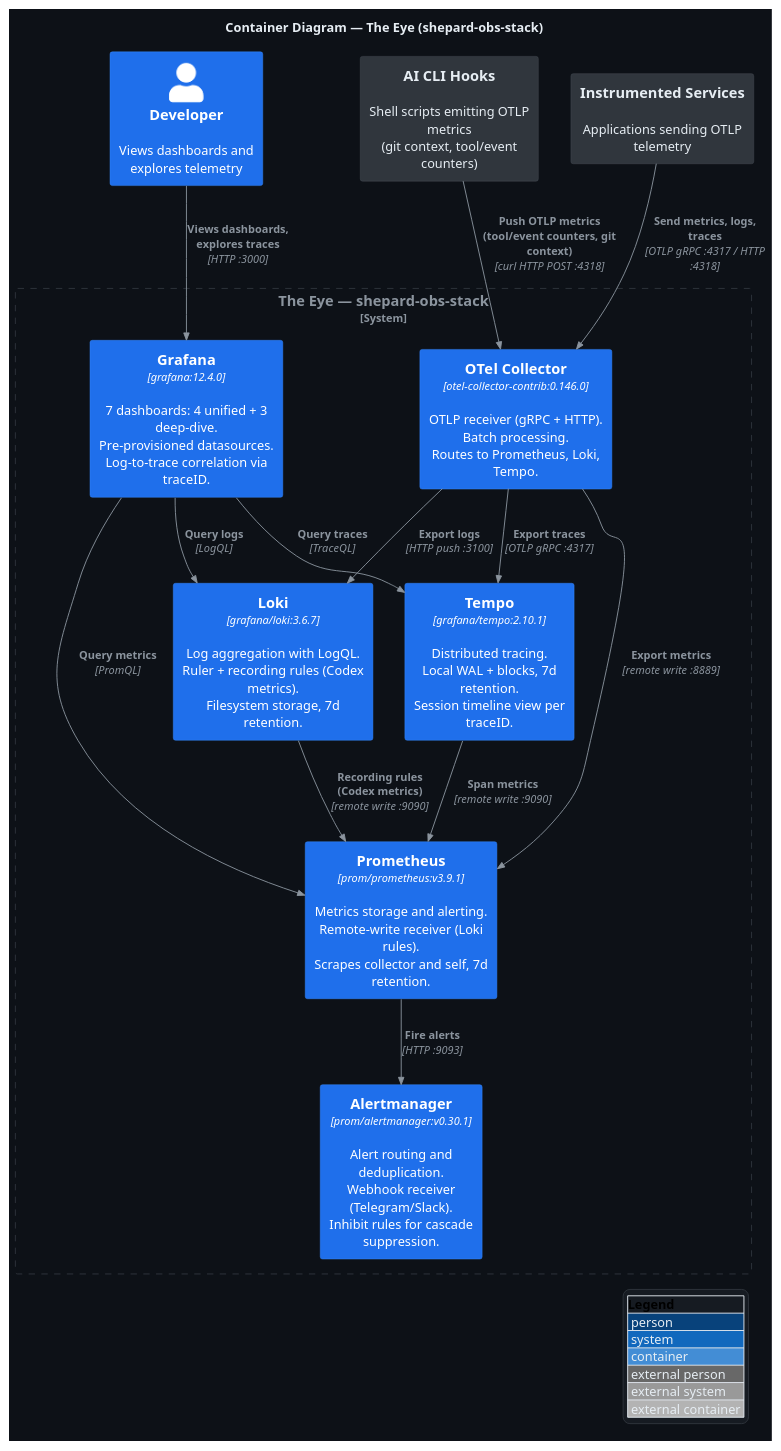
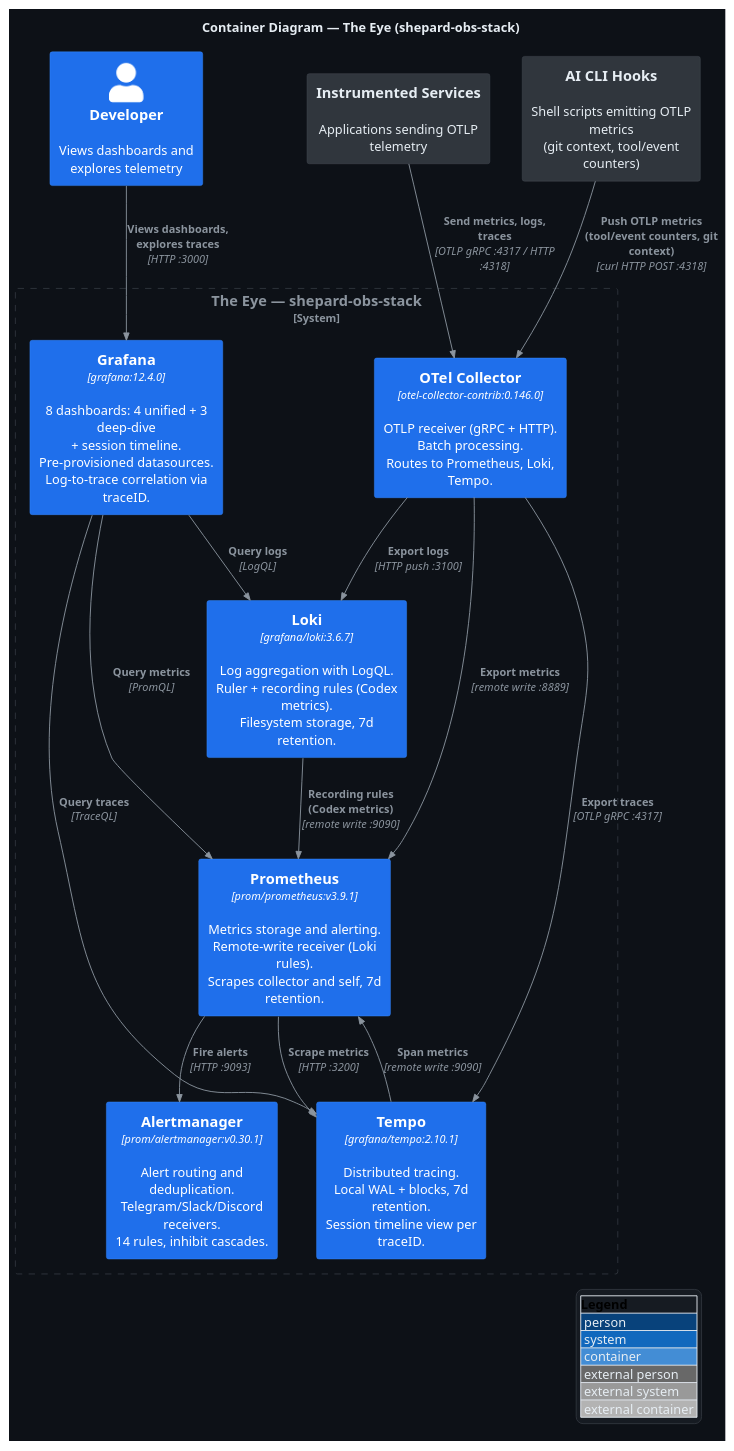
The diagram in docs/c4/c2-container.puml (shepard-system/shepard-obs-stack), drawn with PlantUML before and after one commit. The commit also changed 9 other files, not shown here.

First line of the commit message:
Add 4 alert rules, Discord receiver, Tempo scrape target, and update docs

```diff
--- a/docs/c4/c2-container.puml
+++ b/docs/c4/c2-container.puml
@@ -1,60 +1,61 @@
 @startuml c2-container
 !include https://raw.githubusercontent.com/plantuml-stdlib/C4-PlantUML/master/C4_Container.puml
 
 ' ── Dark theme (GitHub #0d1117) ──
 skinparam backgroundColor #0d1117
 skinparam defaultFontColor #e6edf3
 skinparam ArrowColor #8b949e
 skinparam ArrowFontColor #8b949e
 skinparam titleFontColor #e6edf3
 skinparam legendBackgroundColor #161b22
 skinparam legendBorderColor #30363d
 skinparam legendFontColor #e6edf3
 
 UpdateElementStyle("person", $bgColor="#1f6feb", $fontColor="#ffffff", $borderColor="#388bfd")
 UpdateElementStyle("system", $bgColor="#1f6feb", $fontColor="#ffffff", $borderColor="#388bfd")
 UpdateElementStyle("external_system", $bgColor="#30363d", $fontColor="#e6edf3", $borderColor="#484f58")
 UpdateElementStyle("container", $bgColor="#1f6feb", $fontColor="#ffffff", $borderColor="#388bfd")
 UpdateElementStyle("system_boundary", $fontColor="#8b949e", $borderColor="#30363d")
 
 LAYOUT_WITH_LEGEND()
 
 title Container Diagram — The Eye (shepard-obs-stack)
 
 Person(developer, "Developer", "Views dashboards and explores telemetry")
 
 System_Ext(cli_hooks, "AI CLI Hooks", "Shell scripts emitting OTLP metrics\n(git context, tool/event counters)")
 System_Ext(apps, "Instrumented Services", "Applications sending OTLP telemetry")
 
 System_Boundary(eye, "The Eye — shepard-obs-stack") {
-    Container(grafana, "Grafana", "grafana:12.4.0", "7 dashboards: 4 unified + 3 deep-dive.\nPre-provisioned datasources.\nLog-to-trace correlation via traceID.")
+    Container(grafana, "Grafana", "grafana:12.4.0", "8 dashboards: 4 unified + 3 deep-dive\n+ session timeline.\nPre-provisioned datasources.\nLog-to-trace correlation via traceID.")
 
     Container(loki, "Loki", "grafana/loki:3.6.7", "Log aggregation with LogQL.\nRuler + recording rules (Codex metrics).\nFilesystem storage, 7d retention.")
 
     Container(prometheus, "Prometheus", "prom/prometheus:v3.9.1", "Metrics storage and alerting.\nRemote-write receiver (Loki rules).\nScrapes collector and self, 7d retention.")
 
-    Container(alertmanager, "Alertmanager", "prom/alertmanager:v0.30.1", "Alert routing and deduplication.\nWebhook receiver (Telegram/Slack).\nInhibit rules for cascade suppression.")
+    Container(alertmanager, "Alertmanager", "prom/alertmanager:v0.30.1", "Alert routing and deduplication.\nTelegram/Slack/Discord receivers.\n14 rules, inhibit cascades.")
 
     Container(tempo, "Tempo", "grafana/tempo:2.10.1", "Distributed tracing.\nLocal WAL + blocks, 7d retention.\nSession timeline view per traceID.")
 
     Container(collector, "OTel Collector", "otel-collector-contrib:0.146.0", "OTLP receiver (gRPC + HTTP).\nBatch processing.\nRoutes to Prometheus, Loki, Tempo.")
 }
 
 Rel(developer, grafana, "Views dashboards, explores traces", "HTTP :3000")
 
 Rel(cli_hooks, collector, "Push OTLP metrics\n(tool/event counters, git context)", "curl HTTP POST :4318")
 Rel(apps, collector, "Send metrics, logs, traces", "OTLP gRPC :4317 / HTTP :4318")
 
 Rel(collector, prometheus, "Export metrics", "remote write :8889")
 Rel(collector, loki, "Export logs", "HTTP push :3100")
 Rel(collector, tempo, "Export traces", "OTLP gRPC :4317")
 
 Rel(loki, prometheus, "Recording rules\n(Codex metrics)", "remote write :9090")
 Rel(prometheus, alertmanager, "Fire alerts", "HTTP :9093")
+Rel(prometheus, tempo, "Scrape metrics", "HTTP :3200")
 Rel(tempo, prometheus, "Span metrics", "remote write :9090")
 
 Rel(grafana, prometheus, "Query metrics", "PromQL")
 Rel(grafana, loki, "Query logs", "LogQL")
 Rel(grafana, tempo, "Query traces", "TraceQL")
 
 @enduml
```
